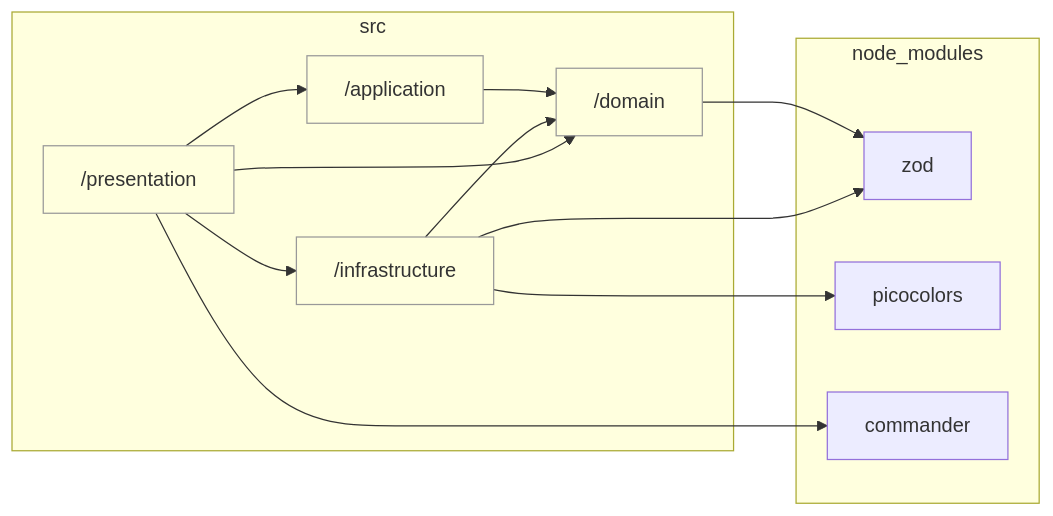
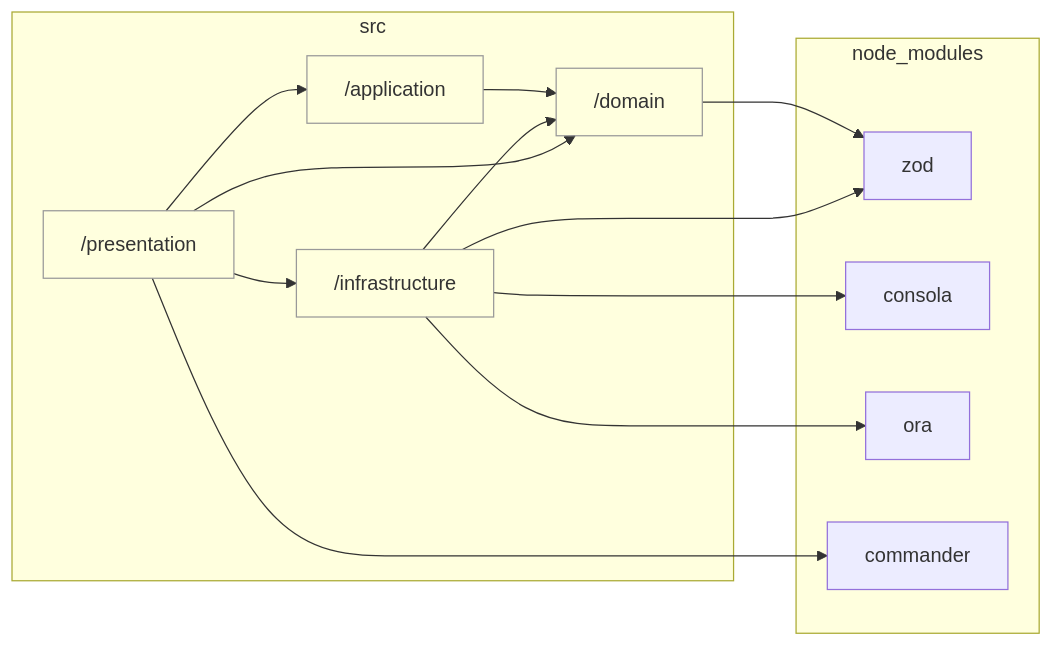
One commit to sugurutakahashi-1234/ai-chat-md-export changed the diagram in docs/reports/dependencies/layers.md. Above: the diagram before and after it, drawn with Mermaid. The commit also changed 27 other files, not shown here.

Commit message:
refactor: replace picocolors with consola and separate logger/spinner concerns (#67)

````diff
--- a/docs/reports/dependencies/layers.md
+++ b/docs/reports/dependencies/layers.md
@@ -7,24 +7,26 @@
 ```mermaid
 flowchart LR
     classDef dir fill:#0000,stroke:#999
     subgraph src["src"]
         src/domain["/domain"]:::dir
         src/application["/application"]:::dir
         src/infrastructure["/infrastructure"]:::dir
         src/presentation["/presentation"]:::dir
     end
     subgraph node//modules["node_modules"]
         node//modules/zod/index.d.cts["zod"]
-        node//modules/picocolors/picocolors.d.ts["picocolors"]
+        node//modules/consola/dist/index.d.cts["consola"]
+        node//modules/ora/index.d.ts["ora"]
         node//modules/commander/typings/index.d.ts["commander"]
     end
     src/domain-->node//modules/zod/index.d.cts
     src/application-->src/domain
     src/infrastructure-->src/domain
-    src/infrastructure-->node//modules/picocolors/picocolors.d.ts
+    src/infrastructure-->node//modules/consola/dist/index.d.cts
     src/infrastructure-->node//modules/zod/index.d.cts
+    src/infrastructure-->node//modules/ora/index.d.ts
     src/presentation-->src/application
     src/presentation-->src/domain
     src/presentation-->src/infrastructure
     src/presentation-->node//modules/commander/typings/index.d.ts
 ```
````
